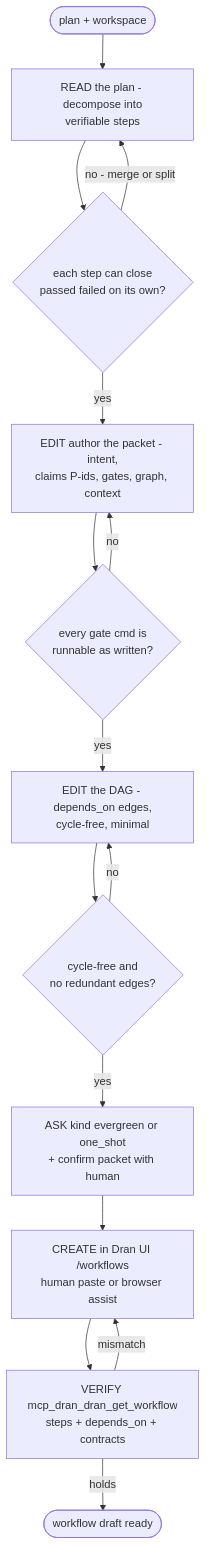
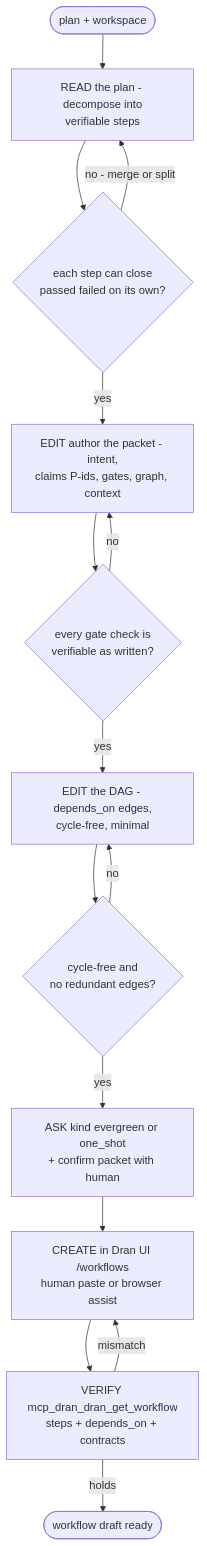
One commit to alvarolizama/dran changed the second of 2 diagrams in skills/dran-create-workflow/SKILL.md. Above: the diagram before and after it, drawn with Mermaid. The commit also changed other lines of this file and 10 other files, not shown here.

First line of the commit message:
refactor(contracts): gate cmd→check (criterio de done abierto)

````diff
--- a/skills/dran-create-workflow/SKILL.md
+++ b/skills/dran-create-workflow/SKILL.md
@@ -66,17 +66,17 @@
 ```mermaid
 flowchart TD
   START([plan + workspace]) --> S1["READ the plan - decompose into\nverifiable steps"]
   S1 --> G1{"each step can close\npassed failed on its own?"}
   G1 -->|"no - merge or split"| S1
   G1 -->|yes| S2["EDIT author the packet - intent,\nclaims P-ids, gates, graph, context"]
-  S2 --> G2{"every gate cmd is\nrunnable as written?"}
+  S2 --> G2{"every gate check is\nverifiable as written?"}
   G2 -->|no| S2
   G2 -->|yes| S3["EDIT the DAG - depends_on edges,\ncycle-free, minimal"]
   S3 --> G3{"cycle-free and\nno redundant edges?"}
   G3 -->|no| S3
   G3 -->|yes| S4["ASK kind evergreen or one_shot\n+ confirm packet with human"]
   S4 --> S5["CREATE in Dran UI /workflows\nhuman paste or browser assist"]
   S5 --> S6["VERIFY mcp_dran_dran_get_workflow\nsteps + depends_on + contracts"]
   S6 -->|"mismatch"| S5
   S6 -->|holds| END([workflow draft ready])
 ```
````
